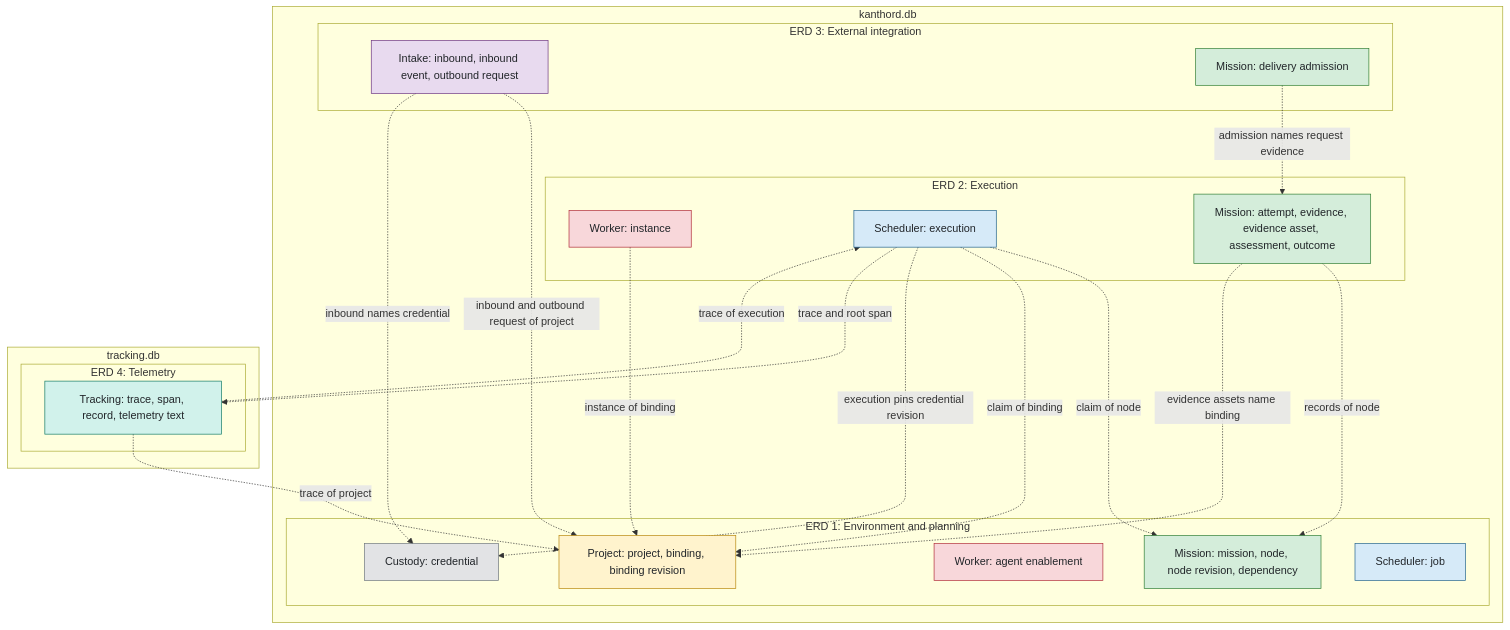
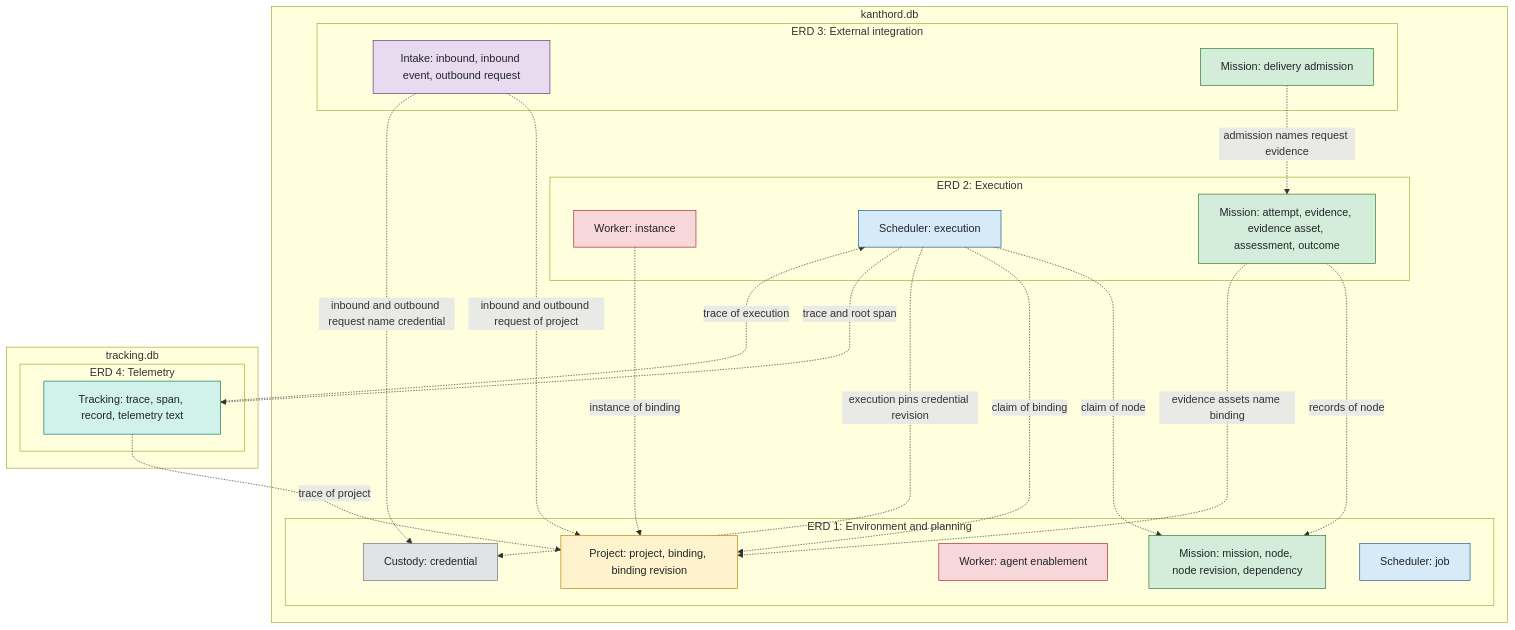
Before and after one commit to kanthorlabs/kanthord: the diagram in docs/reference/erd/README.md, drawn with Mermaid. The commit also changed 2 other files, not shown here.

Commit message:
docs(intake): name the credential of an outbound request

````diff
--- a/docs/reference/erd/README.md
+++ b/docs/reference/erd/README.md
@@ -32,57 +32,57 @@
 ```mermaid
 flowchart TB
     subgraph db1["kanthord.db"]
         subgraph v1["ERD 1: Environment and planning"]
             c1["Custody: credential"]
             p1["Project: project, binding, binding revision"]
             w1["Worker: agent enablement"]
             m1["Mission: mission, node, node revision, dependency"]
             s1["Scheduler: job"]
         end
         subgraph v2["ERD 2: Execution"]
             w2["Worker: instance"]
             s2["Scheduler: execution"]
             m2["Mission: attempt, evidence, evidence asset, assessment, outcome"]
         end
         subgraph v3["ERD 3: External integration"]
             i3["Intake: inbound, inbound event, outbound request"]
             m3["Mission: delivery admission"]
         end
     end
     subgraph db2["tracking.db"]
         subgraph v4["ERD 4: Telemetry"]
             t4["Tracking: trace, span, record, telemetry text"]
         end
     end
 
     w2 -.->|instance of binding| p1
     s2 -.->|claim of node| m1
     s2 -.->|claim of binding| p1
     s2 -.->|execution pins credential revision| c1
     m2 -.->|records of node| m1
     m2 -.->|evidence assets name binding| p1
 
     i3 -.->|inbound and outbound request of project| p1
-    i3 -.->|inbound names credential| c1
+    i3 -.->|inbound and outbound request name credential| c1
     m3 -.->|admission names request evidence| m2
 
     t4 -.->|trace of execution| s2
     s2 -.->|trace and root span| t4
     t4 -.->|trace of project| p1
 
     classDef custody fill:#e2e3e5,stroke:#6c757d,color:#212529
     classDef project fill:#fff3cd,stroke:#b8860b,color:#212529
     classDef worker fill:#f8d7da,stroke:#b02a37,color:#212529
     classDef mission fill:#d4edda,stroke:#2e7d32,color:#212529
     classDef scheduler fill:#d6eaf8,stroke:#1f618d,color:#212529
     classDef intake fill:#e8daef,stroke:#6c3483,color:#212529
     classDef tracking fill:#d1f2eb,stroke:#117a65,color:#212529
 
     class c1 custody
     class p1 project
     class w1,w2 worker
     class m1,m2,m3 mission
     class s1,s2 scheduler
     class i3 intake
     class t4 tracking
 ```
````
